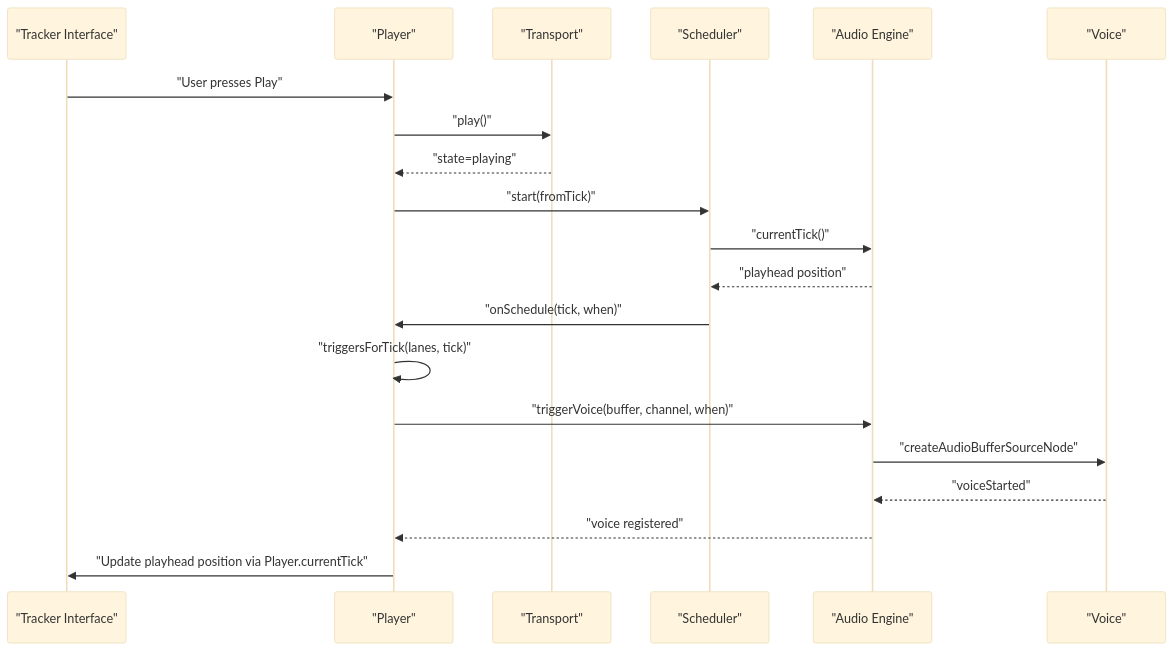
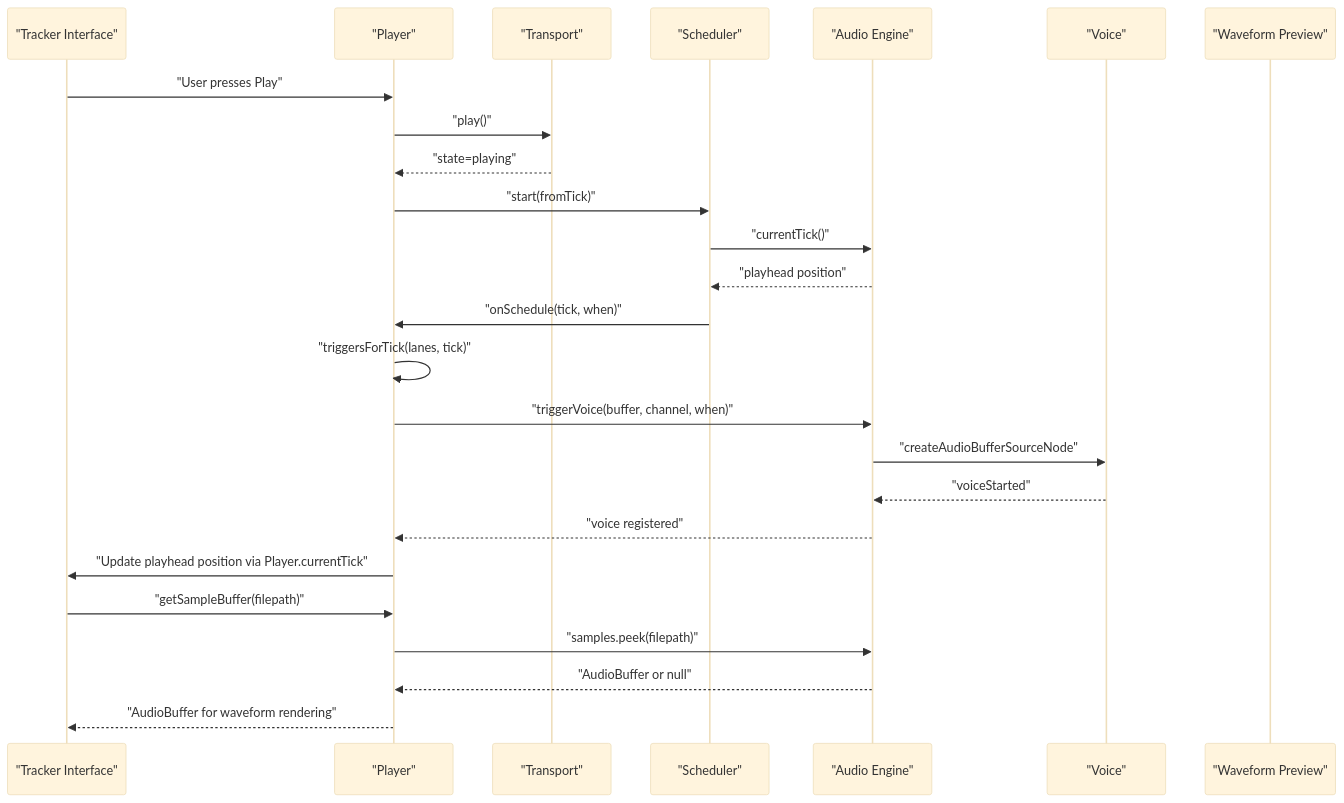
The second of 13 diagrams in .qoder/repowiki/en/content/Audio Engine/Audio Engine.md (satyrlord/mixjam-electron), drawn with Mermaid (base theme) before and after one commit. The commit also changed other lines of this file and 37 other files, not shown here.

First line of the commit message:
feat(footer): add waveform preview for selected samples

````diff
--- a/.qoder/repowiki/en/content/Audio Engine/Audio Engine.md
+++ b/.qoder/repowiki/en/content/Audio Engine/Audio Engine.md
@@ -194,22 +200,27 @@
 ```mermaid
 sequenceDiagram
 participant UI as "Tracker Interface"
 participant Player as "Player"
 participant Transport as "Transport"
 participant Scheduler as "Scheduler"
 participant Engine as "Audio Engine"
 participant Voice as "Voice"
+participant Waveform as "Waveform Preview"
 UI->>Player : "User presses Play"
 Player->>Transport : "play()"
 Transport-->>Player : "state=playing"
 Player->>Scheduler : "start(fromTick)"
 Scheduler->>Engine : "currentTick()"
 Engine-->>Scheduler : "playhead position"
 Scheduler->>Player : "onSchedule(tick, when)"
 Player->>Player : "triggersForTick(lanes, tick)"
 Player->>Engine : "triggerVoice(buffer, channel, when)"
 Engine->>Voice : "createAudioBufferSourceNode"
 Voice-->>Engine : "voiceStarted"
 Engine-->>Player : "voice registered"
 Player->>UI : "Update playhead position via Player.currentTick"
+UI->>Player : "getSampleBuffer(filepath)"
+Player->>Engine : "samples.peek(filepath)"
+Engine-->>Player : "AudioBuffer or null"
+Player-->>UI : "AudioBuffer for waveform rendering"
 ```
````
